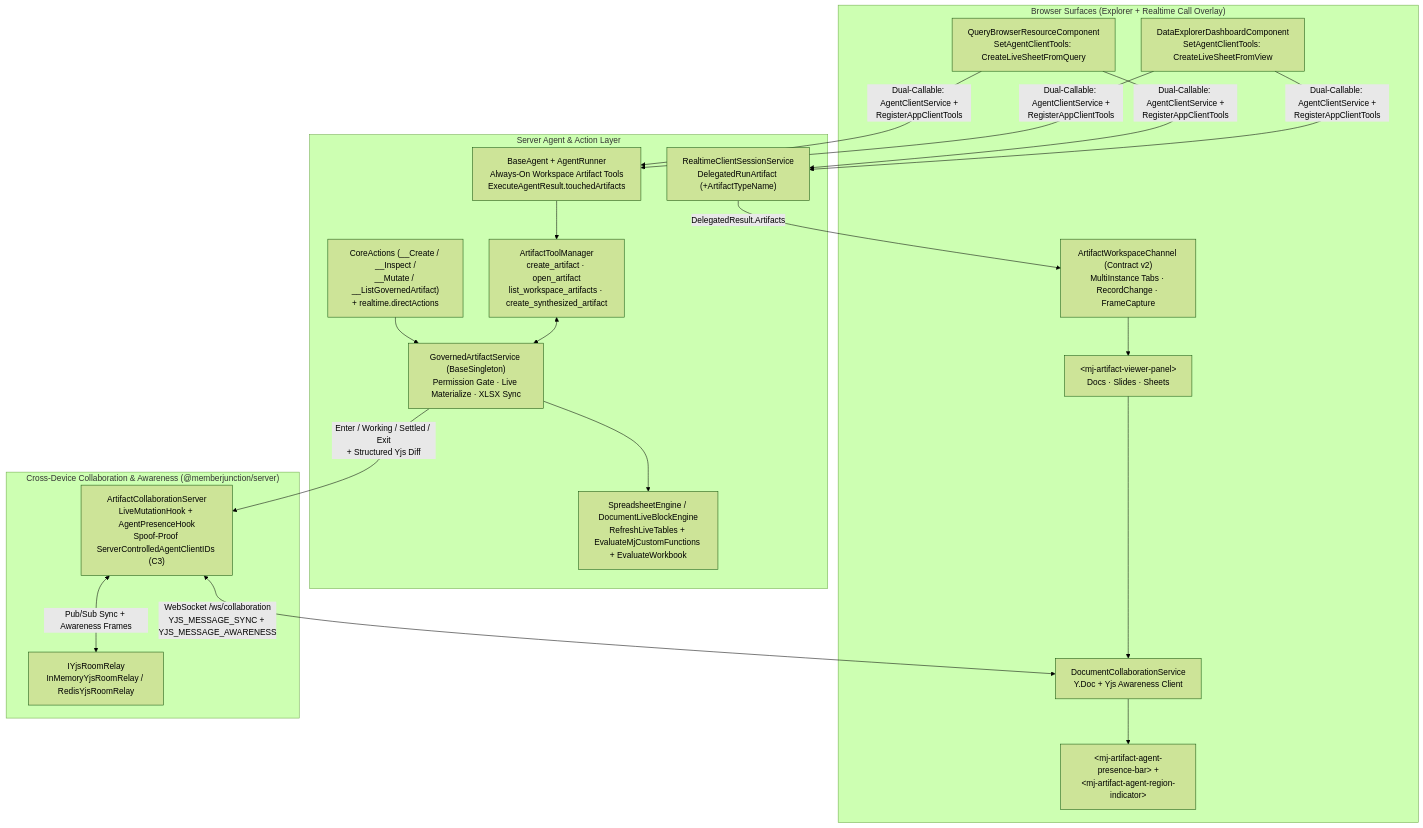
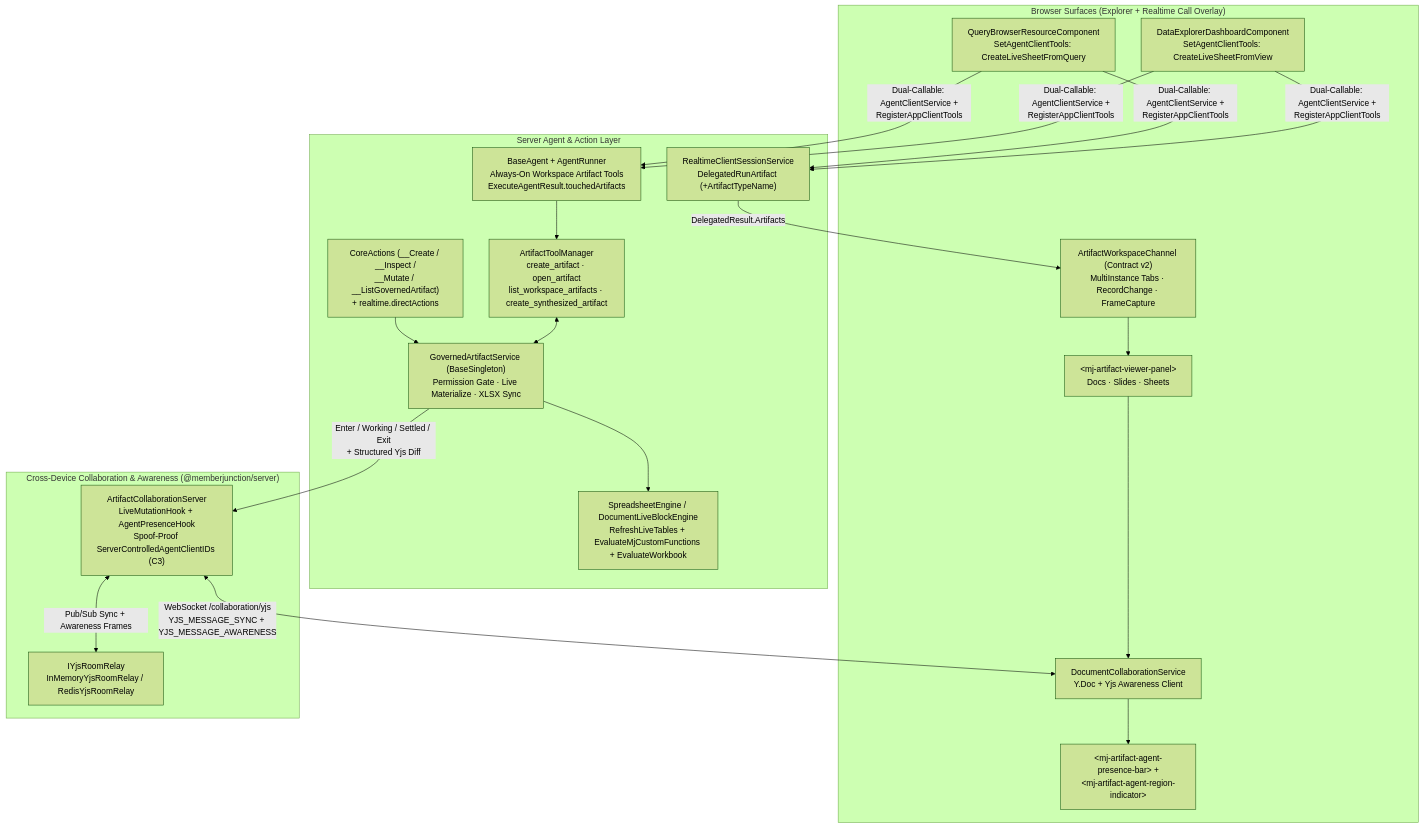
One commit to MemberJunction/MJ changed the first of 2 diagrams in plans/unified-agent-artifacts-and-live-presence.md. Above: the diagram before and after it, drawn with Mermaid (forest theme). The commit also changed other lines of this file and 366 other files, not shown here.

````diff
--- a/plans/unified-agent-artifacts-and-live-presence.md
+++ b/plans/unified-agent-artifacts-and-live-presence.md
@@ -20,38 +29,38 @@
 ```mermaid
 flowchart TB
     subgraph Surfaces["Browser Surfaces (Explorer + Realtime Call Overlay)"]
         QB["QueryBrowserResourceComponent<br/>SetAgentClientTools: CreateLiveSheetFromQuery"]
         DE["DataExplorerDashboardComponent<br/>SetAgentClientTools: CreateLiveSheetFromView"]
         AWC["ArtifactWorkspaceChannel (Contract v2)<br/>MultiInstance Tabs · RecordChange · FrameCapture"]
         AVP["&lt;mj-artifact-viewer-panel&gt;<br/>Docs · Slides · Sheets"]
         APB["&lt;mj-artifact-agent-presence-bar&gt; +<br/>&lt;mj-artifact-agent-region-indicator&gt;"]
         DCS["DocumentCollaborationService<br/>Y.Doc + Yjs Awareness Client"]
     end
 
     subgraph Agents["Server Agent &amp; Action Layer"]
         BA["BaseAgent + AgentRunner<br/>Always-On Workspace Artifact Tools<br/>ExecuteAgentResult.touchedArtifacts"]
         ATM["ArtifactToolManager<br/>create_artifact · open_artifact<br/>list_workspace_artifacts · create_synthesized_artifact"]
         GAS["GovernedArtifactService (BaseSingleton)<br/>Permission Gate · Live Materialize · XLSX Sync"]
         CA["CoreActions (__Create / __Inspect /<br/>__Mutate / __ListGovernedArtifact)<br/>+ realtime.directActions"]
         RCS["RealtimeClientSessionService<br/>DelegatedRunArtifact (+ArtifactTypeName)"]
         SE["SpreadsheetEngine / DocumentLiveBlockEngine<br/>RefreshLiveTables + EvaluateMjCustomFunctions + EvaluateWorkbook"]
     end
 
     subgraph Collab["Cross-Device Collaboration &amp; Awareness (@memberjunction/server)"]
         ACS["ArtifactCollaborationServer<br/>LiveMutationHook + AgentPresenceHook<br/>Spoof-Proof ServerControlledAgentClientIDs (C3)"]
         YRR["IYjsRoomRelay<br/>InMemoryYjsRoomRelay / RedisYjsRoomRelay"]
     end
 
     QB & DE -->|"Dual-Callable: AgentClientService +<br/>RegisterAppClientTools"| BA & RCS
     BA --> ATM
     CA --> GAS
     ATM <--> GAS
     GAS --> SE
     GAS -->|"Enter / Working / Settled / Exit<br/>+ Structured Yjs Diff"| ACS
     ACS <-->|"Pub/Sub Sync + Awareness Frames"| YRR
-    ACS <-->|"WebSocket /ws/collaboration<br/>YJS_MESSAGE_SYNC + YJS_MESSAGE_AWARENESS"| DCS
+    ACS <-->|"WebSocket /collaboration/yjs<br/>YJS_MESSAGE_SYNC + YJS_MESSAGE_AWARENESS"| DCS
     RCS -->|"DelegatedResult.Artifacts"| AWC
     AWC --> AVP
     AVP --> DCS
     DCS --> APB
 ```
````
